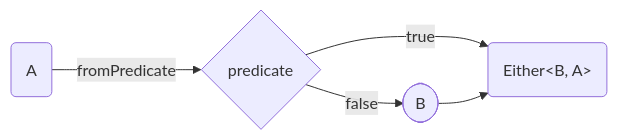
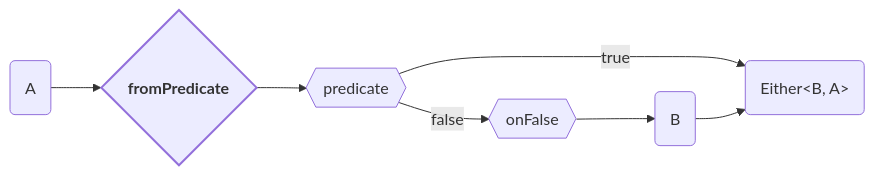
One commit to adamjosefus/fp-ts-examples changed the second of 8 diagrams in Either.md. Above: the diagram before and after it, drawn with Mermaid. The commit also changed other lines of this file, not shown here.

Commit message:
Update charts

````diff
--- a/Either.md
+++ b/Either.md
@@ -31,9 +102,19 @@
 ```mermaid
 flowchart LR
-    input("A") --> | fromPredicate | method{"predicate"}
-    method --> | true | output("Either<<span>B, A</span>>")
-    method --> | false | onFalse([B])
-    onFalse --> output
+    style fromPredicate stroke-width: 2px
 
+    input( A )
+    fromPredicate{ <b>fromPredicate</b> }
+    predicate{{ predicate }}
+    onFalse{{ onFalse }}
+    leftValue( B )
+    output( Either<<span>B, A</span>> )
 
+    input --> fromPredicate
+    fromPredicate --> predicate
+    predicate --> | true | output
+    predicate --> | false | onFalse
+    onFalse --> leftValue
+    leftValue --> output
+    
 ```
````
